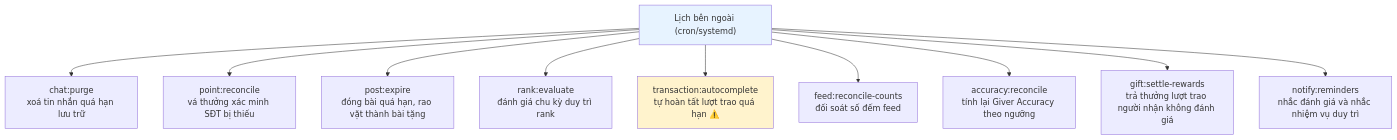
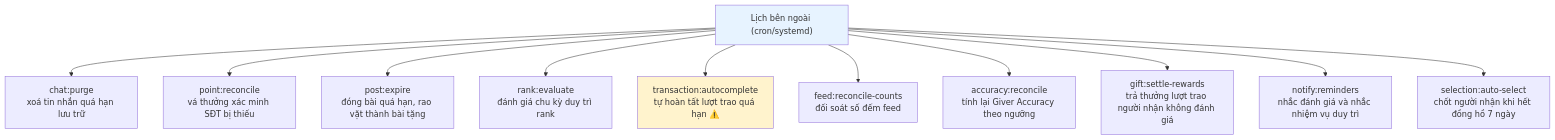
The first of 7 diagrams in docs/diagram/17-jobs.md (fdshn/trueheart), drawn with Mermaid before and after one commit. The commit also changed other lines of this file and 20 other files, not shown here.

````diff
--- a/docs/diagram/17-jobs.md
+++ b/docs/diagram/17-jobs.md
@@ -7,15 +7,16 @@
 ```mermaid
 flowchart TD
     C["Lịch bên ngoài (cron/systemd)"] --> A["chat:purge<br/>xoá tin nhắn quá hạn lưu trữ"]
     C --> B["point:reconcile<br/>vá thưởng xác minh SĐT bị thiếu"]
     C --> D["post:expire<br/>đóng bài quá hạn, rao vặt thành bài tặng"]
     C --> E["rank:evaluate<br/>đánh giá chu kỳ duy trì rank"]
     C --> F["transaction:autocomplete<br/>tự hoàn tất lượt trao quá hạn ⚠️"]
     C --> G["feed:reconcile-counts<br/>đối soát số đếm feed"]
     C --> H["accuracy:reconcile<br/>tính lại Giver Accuracy theo ngưỡng"]
     C --> I["gift:settle-rewards<br/>trả thưởng lượt trao người nhận không đánh giá"]
     C --> J["notify:reminders<br/>nhắc đánh giá và nhắc nhiệm vụ duy trì"]
+    C --> K["selection:auto-select<br/>chốt người nhận khi hết đồng hồ 7 ngày"]
 
     style C fill:#e7f3ff
     style F fill:#fff3cd
 ```
````
